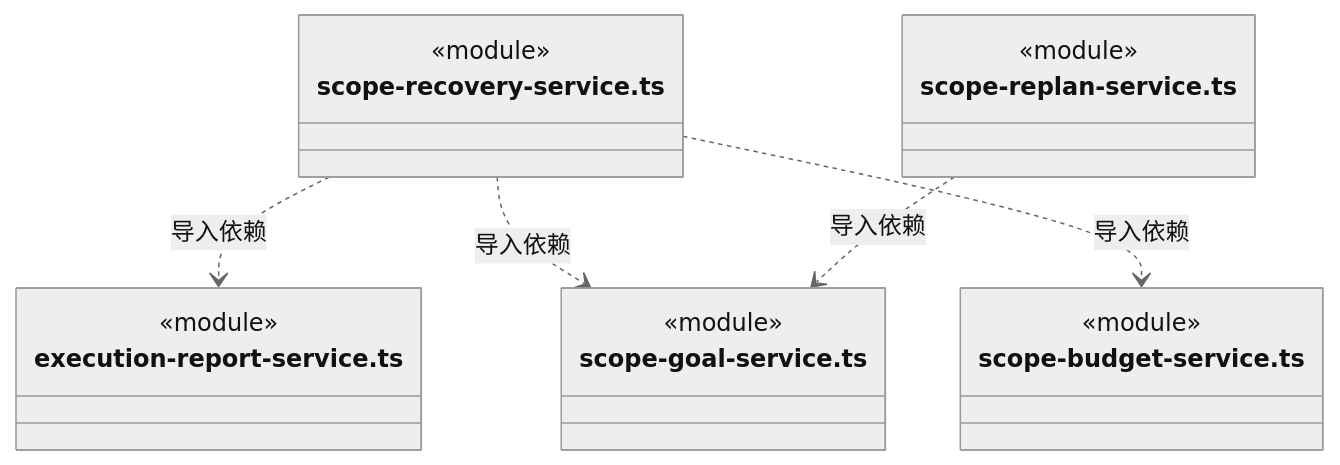
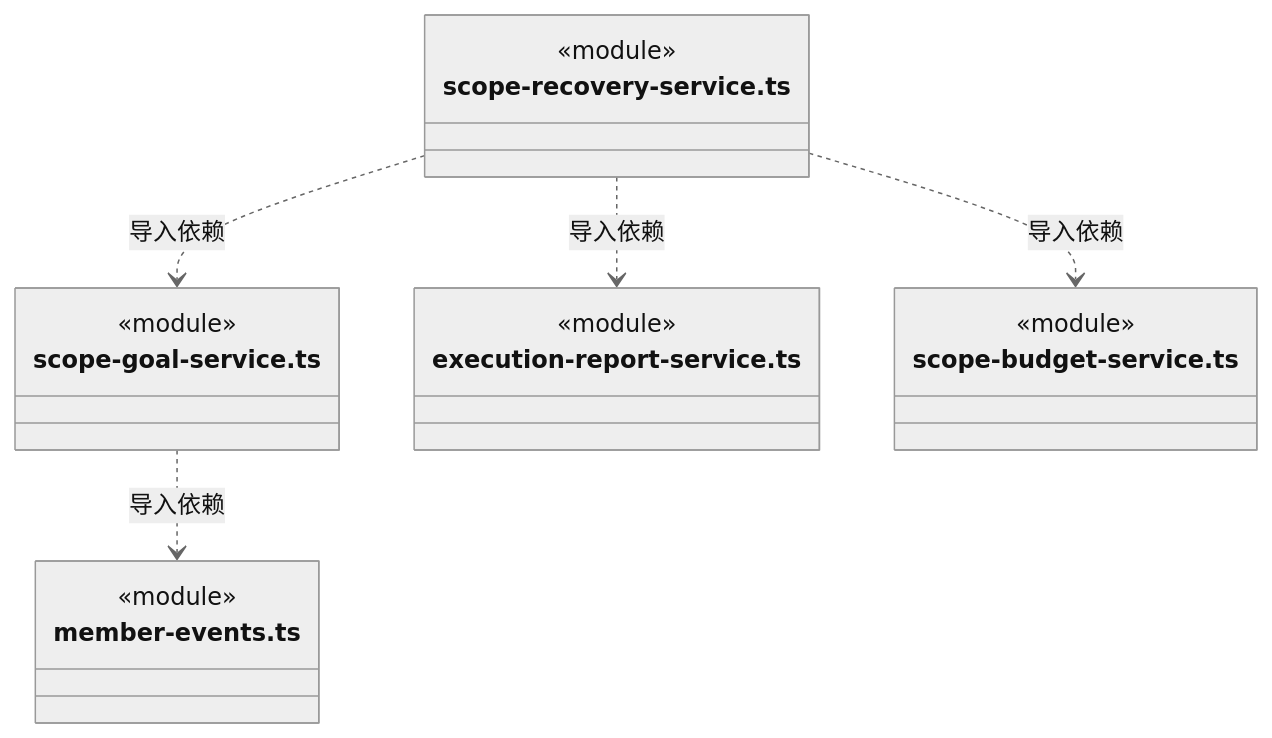
Diagram 46 of 50 in src/backend/scheduler-engine/execution/ARCHITECTURE.md (nan023062/cbim), drawn with Mermaid (neutral theme) before and after one commit. The commit also changed other lines of this file and 53 other files, not shown here.

````diff
--- a/src/backend/scheduler-engine/execution/ARCHITECTURE.md
+++ b/src/backend/scheduler-engine/execution/ARCHITECTURE.md
@@ -1196,22 +1243,22 @@
 ```mermaid
 classDiagram
+class N_src_backend_scheduler_engine_execution_scope_goal_service_ts["scope-goal-service.ts"] {
+  <<module>>
+}
+class N_src_backend_scheduler_engine_execution_member_events_ts["member-events.ts"] {
+  <<module>>
+}
 class N_src_backend_scheduler_engine_execution_scope_recovery_service_ts["scope-recovery-service.ts"] {
   <<module>>
 }
 class N_src_backend_scheduler_engine_execution_execution_report_service_ts["execution-report-service.ts"] {
   <<module>>
 }
-class N_src_backend_scheduler_engine_execution_scope_goal_service_ts["scope-goal-service.ts"] {
-  <<module>>
-}
 class N_src_backend_scheduler_engine_execution_scope_budget_service_ts["scope-budget-service.ts"] {
   <<module>>
 }
-class N_src_backend_scheduler_engine_execution_scope_replan_service_ts["scope-replan-service.ts"] {
-  <<module>>
-}
+N_src_backend_scheduler_engine_execution_scope_goal_service_ts ..> N_src_backend_scheduler_engine_execution_member_events_ts : 导入依赖
 N_src_backend_scheduler_engine_execution_scope_recovery_service_ts ..> N_src_backend_scheduler_engine_execution_execution_report_service_ts : 导入依赖
 N_src_backend_scheduler_engine_execution_scope_recovery_service_ts ..> N_src_backend_scheduler_engine_execution_scope_goal_service_ts : 导入依赖
 N_src_backend_scheduler_engine_execution_scope_recovery_service_ts ..> N_src_backend_scheduler_engine_execution_scope_budget_service_ts : 导入依赖
-N_src_backend_scheduler_engine_execution_scope_replan_service_ts ..> N_src_backend_scheduler_engine_execution_scope_goal_service_ts : 导入依赖
 ```
````
